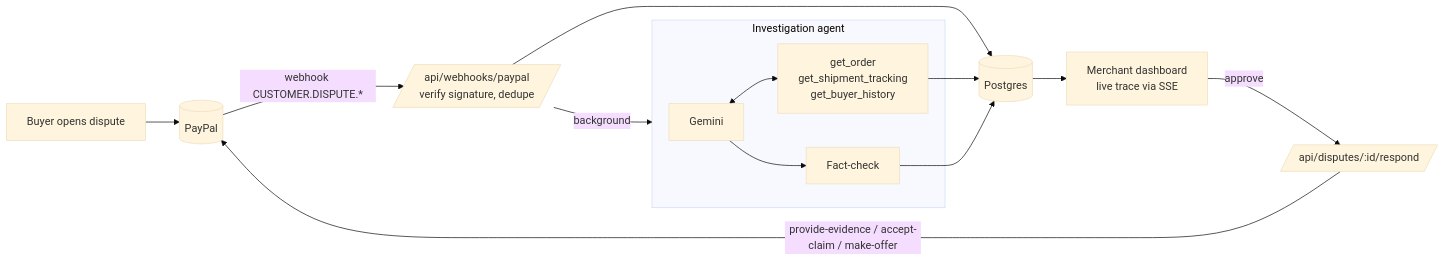
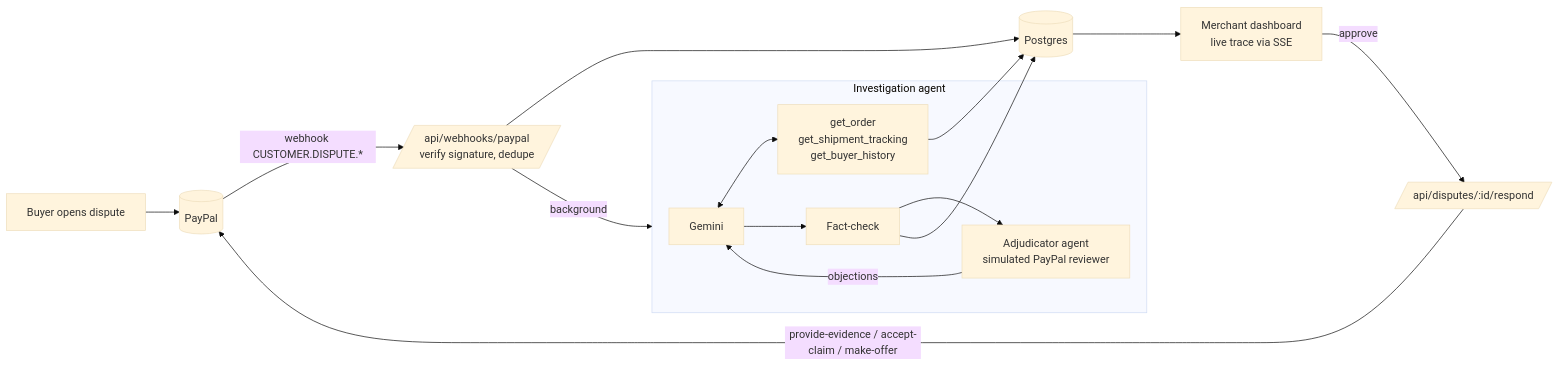
The diagram in README.md (tusharravindran/disputedesk), drawn with Mermaid (base theme) before and after one commit. The commit also changed other lines of this file and 4 other files, not shown here.

Commit message:
Add adversarial Adjudicator agent that stress-tests drafts before the merchant sees them

````diff
--- a/README.md
+++ b/README.md
@@ -35,16 +36,18 @@
 ```mermaid
 flowchart LR
   Buyer[Buyer opens dispute] --> PP[(PayPal)]
   PP -- "webhook CUSTOMER.DISPUTE.*" --> WH[/api/webhooks/paypal<br/>verify signature, dedupe/]
   WH --> DB[(Postgres)]
   WH -- background --> Agent
   subgraph Agent[Investigation agent]
     LLM[Gemini] <--> Tools[get_order<br/>get_shipment_tracking<br/>get_buyer_history]
     LLM --> FC[Fact-check]
+    FC --> ADJ[Adjudicator agent<br/>simulated PayPal reviewer]
+    ADJ -- objections --> LLM
   end
   Tools --> DB
   FC --> DB
   DB --> UI[Merchant dashboard<br/>live trace via SSE]
   UI -- approve --> Respond[/api/disputes/:id/respond/]
   Respond -- "provide-evidence / accept-claim / make-offer" --> PP
 ```
````
